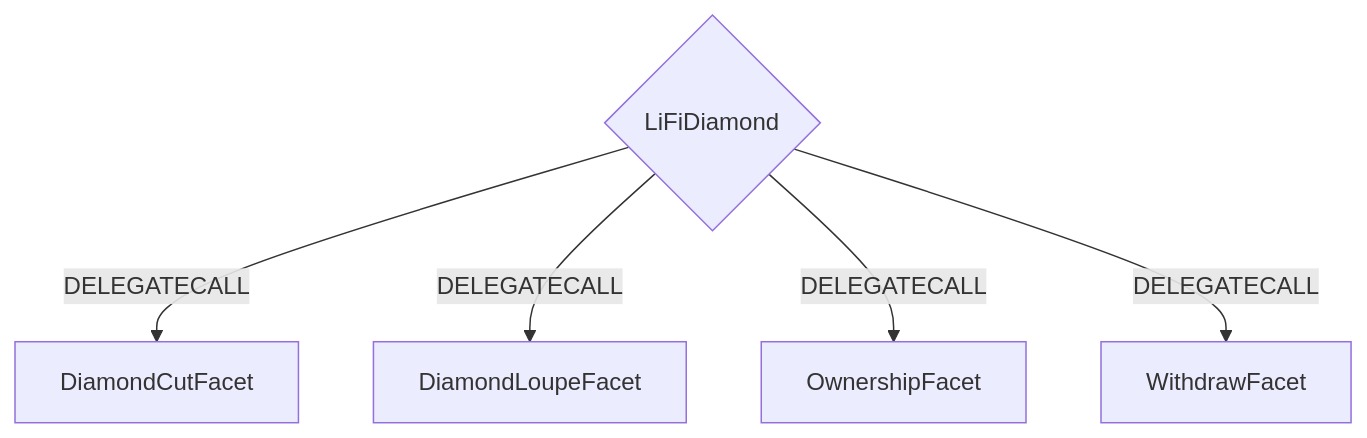
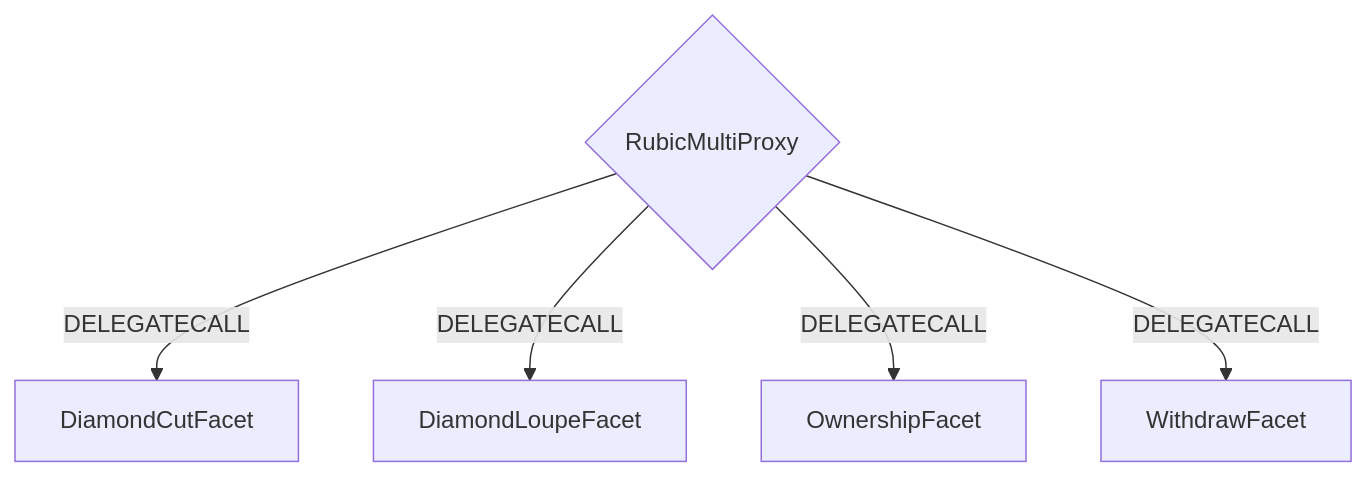
The second of 2 diagrams in README.md (Cryptorubic/multi-proxy-rubic), drawn with Mermaid before and after one commit. The commit also changed other lines of this file and 21 other files, not shown here.

````diff
--- a/README.md
+++ b/README.md
@@ -125,7 +124,7 @@
 ```mermaid
 graph TD;
-    D{LiFiDiamond}-- DELEGATECALL -->DiamondCutFacet;
-    D{LiFiDiamond}-- DELEGATECALL -->DiamondLoupeFacet;
-    D{LiFiDiamond}-- DELEGATECALL -->OwnershipFacet;
-    D{LiFiDiamond}-- DELEGATECALL -->WithdrawFacet;
+    D{RubicMultiProxy}-- DELEGATECALL -->DiamondCutFacet;
+    D{RubicMultiProxy}-- DELEGATECALL -->DiamondLoupeFacet;
+    D{RubicMultiProxy}-- DELEGATECALL -->OwnershipFacet;
+    D{RubicMultiProxy}-- DELEGATECALL -->WithdrawFacet;
 ```
````
